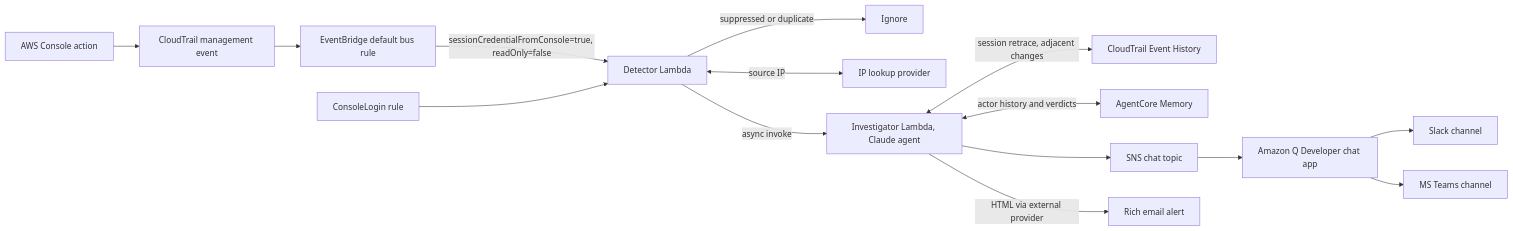
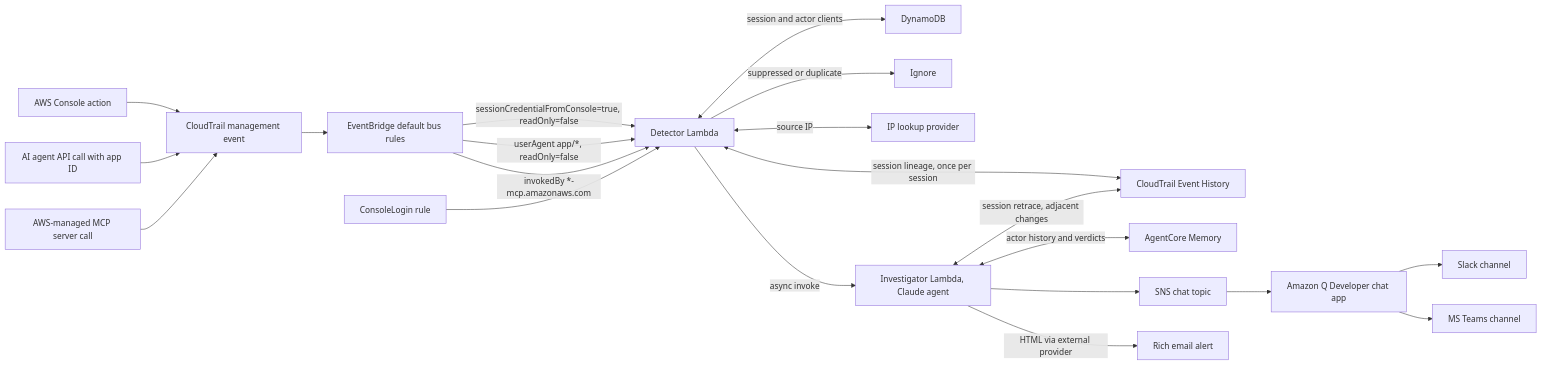
The diagram in README.md (zoph-io/clickops-sentinel), drawn with Mermaid before and after one commit. The commit also changed other lines of this file and 33 other files, not shown here.

````diff
--- a/README.md
+++ b/README.md
@@ -144,17 +160,23 @@
 ```mermaid
 flowchart LR
     Console[AWS Console action] --> CT[CloudTrail management event]
-    CT --> EB[EventBridge default bus rule]
+    Agent[AI agent API call with app ID] --> CT
+    MCP[AWS-managed MCP server call] --> CT
+    CT --> EB[EventBridge default bus rules]
     EB -->|"sessionCredentialFromConsole=true, readOnly=false"| DET[Detector Lambda]
+    EB -->|"userAgent app/*, readOnly=false"| DET
+    EB -->|"invokedBy *-mcp.amazonaws.com"| DET
+    DET <-->|session and actor clients| DDB[DynamoDB]
+    DET <-->|session lineage, once per session| CTH
     DET -->|suppressed or duplicate| Drop[Ignore]
     DET <-->|source IP| IPI[IP lookup provider]
     DET -->|async invoke| INV[Investigator Lambda, Claude agent]
     INV <-->|session retrace, adjacent changes| CTH[CloudTrail Event History]
     INV <-->|actor history and verdicts| MEM[AgentCore Memory]
     INV --> SNSQ[SNS chat topic]
     SNSQ --> QDev[Amazon Q Developer chat app]
     QDev --> Slack[Slack channel]
     QDev --> Teams[MS Teams channel]
     INV -->|HTML via external provider| Email[Rich email alert]
     EB2[ConsoleLogin rule] --> DET
 ```
````
